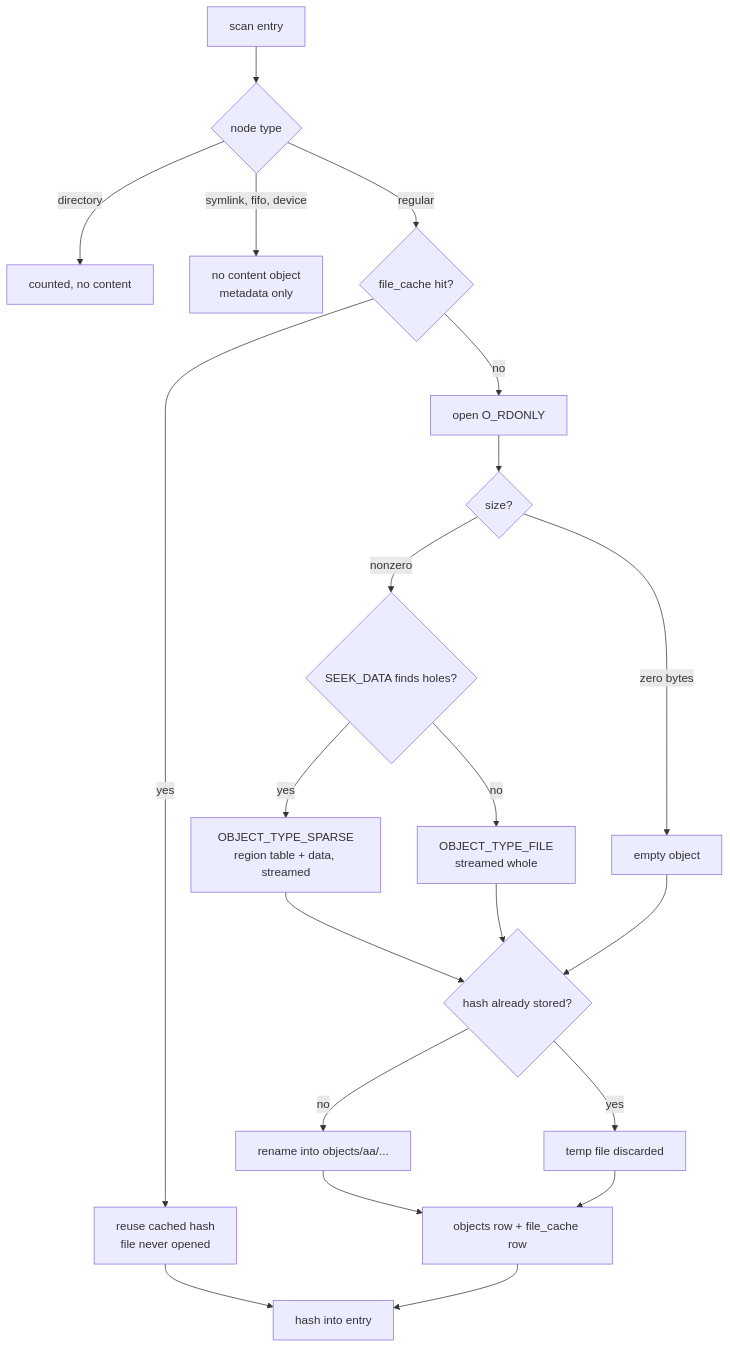
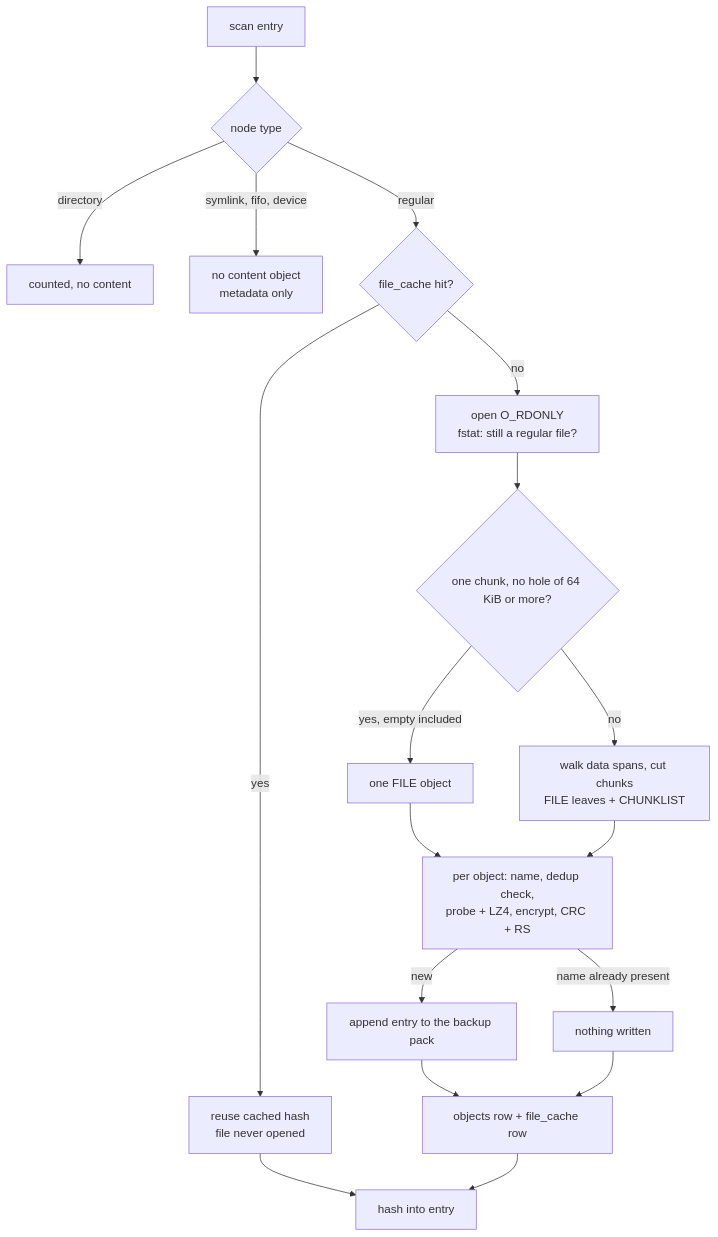
Before and after one commit to vifair22/c-backup: the second of 3 diagrams in docs/data-paths.md, drawn with Mermaid. The commit also changed other lines of this file and 10 other files, not shown here.

````diff
--- a/docs/data-paths.md
+++ b/docs/data-paths.md
@@ -151,23 +155,20 @@
 ```mermaid
 flowchart TD
     E[scan entry] --> TY{node type}
     TY -->|directory| D[counted, no content]
     TY -->|symlink, fifo, device| N[no content object<br>metadata only]
     TY -->|regular| CACHE{file_cache hit?}
     CACHE -->|yes| HIT[reuse cached hash<br>file never opened]
-    CACHE -->|no| OPEN[open O_RDONLY]
-    OPEN --> SZ{size?}
-    SZ -->|zero bytes| EMPTY[empty object]
-    SZ -->|nonzero| SPARSE{SEEK_DATA finds holes?}
-    SPARSE -->|yes| SPOBJ[OBJECT_TYPE_SPARSE<br>region table + data, streamed]
-    SPARSE -->|no| STREAM[OBJECT_TYPE_FILE<br>streamed whole]
-    SPOBJ --> DEDUP{hash already stored?}
-    STREAM --> DEDUP
-    EMPTY --> DEDUP
-    DEDUP -->|yes| DROP[temp file discarded]
-    DEDUP -->|no| INSTALL[rename into objects/aa/...]
-    INSTALL --> ROWS[objects row + file_cache row]
+    CACHE -->|no| OPEN[open O_RDONLY<br>fstat: still a regular file?]
+    OPEN --> SHAPE{one chunk, no hole of 64 KiB or more?}
+    SHAPE -->|yes, empty included| ONE[one FILE object]
+    SHAPE -->|no| CDC[walk data spans, cut chunks<br>FILE leaves + CHUNKLIST]
+    ONE --> OBJ[per object: name, dedup check,<br>probe + LZ4, encrypt, CRC + RS]
+    CDC --> OBJ
+    OBJ -->|name already present| HAVE[nothing written]
+    OBJ -->|new| APP[append entry to the backup pack]
+    APP --> ROWS[objects row + file_cache row]
+    HAVE --> ROWS
     HIT --> DONE[hash into entry]
-    DROP --> ROWS
     ROWS --> DONE
 ```
````
